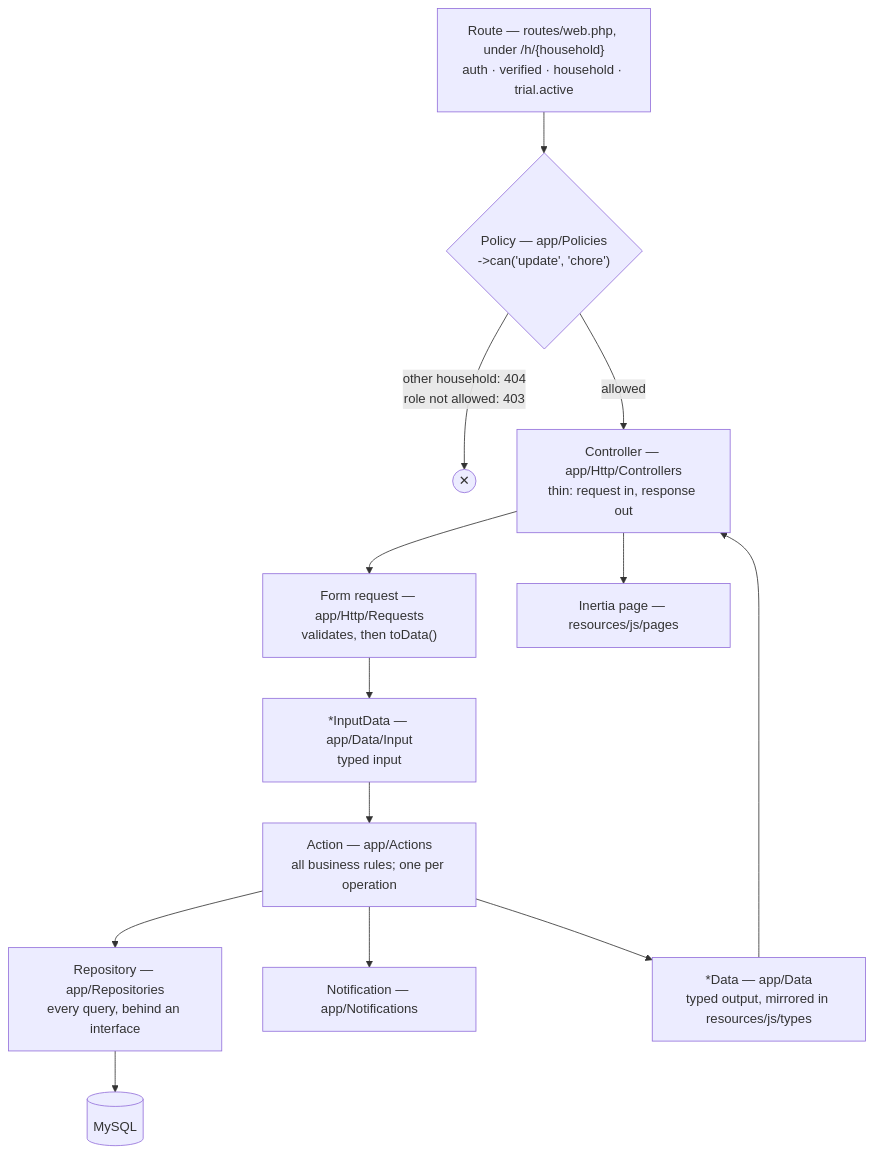
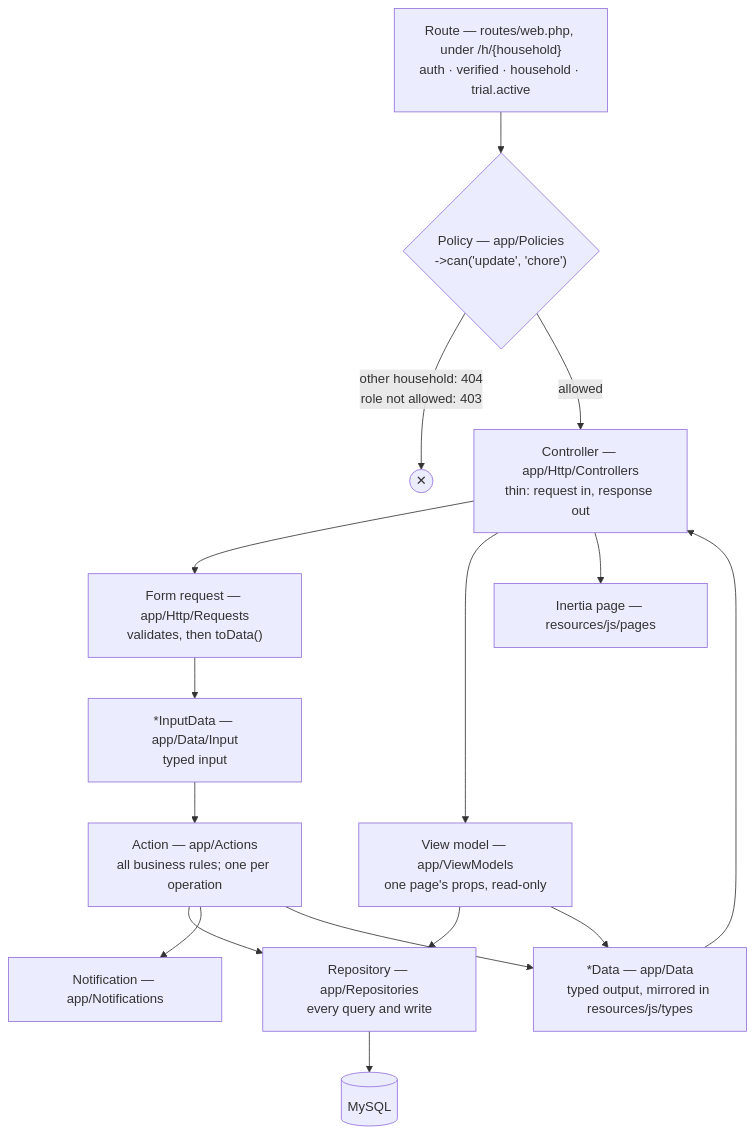
The fourth of 5 diagrams in README.md (owensanders/ryh), drawn with Mermaid before and after one commit. The commit also changed other lines of this file and 41 other files, not shown here.

First line of the commit message:
Build each page in a view model

````diff
--- a/README.md
+++ b/README.md
@@ -245,23 +245,26 @@
 ```mermaid
 flowchart TD
     route["Route — routes/web.php, under /h/{household}<br/>auth · verified · household · trial.active"]
     policy{"Policy — app/Policies<br/>->can('update', 'chore')"}
     controller["Controller — app/Http/Controllers<br/>thin: request in, response out"]
     request["Form request — app/Http/Requests<br/>validates, then toData()"]
     input["*InputData — app/Data/Input<br/>typed input"]
     usecase["Action — app/Actions<br/>all business rules; one per operation"]
-    repo["Repository — app/Repositories<br/>every query, behind an interface"]
+    viewmodel["View model — app/ViewModels<br/>one page's props, read-only"]
+    repo["Repository — app/Repositories<br/>every query and write"]
     db[("MySQL")]
     data["*Data — app/Data<br/>typed output, mirrored in resources/js/types"]
     page["Inertia page — resources/js/pages"]
     notification["Notification — app/Notifications"]
 
     route --> policy
     policy -- "other household: 404<br/>role not allowed: 403" --> stop(("✕"))
     policy -- "allowed" --> controller
     controller --> request --> input --> usecase
     usecase --> repo --> db
     usecase --> notification
     usecase --> data --> controller
+    controller --> viewmodel --> repo
+    viewmodel --> data
     controller --> page
 ```
````
